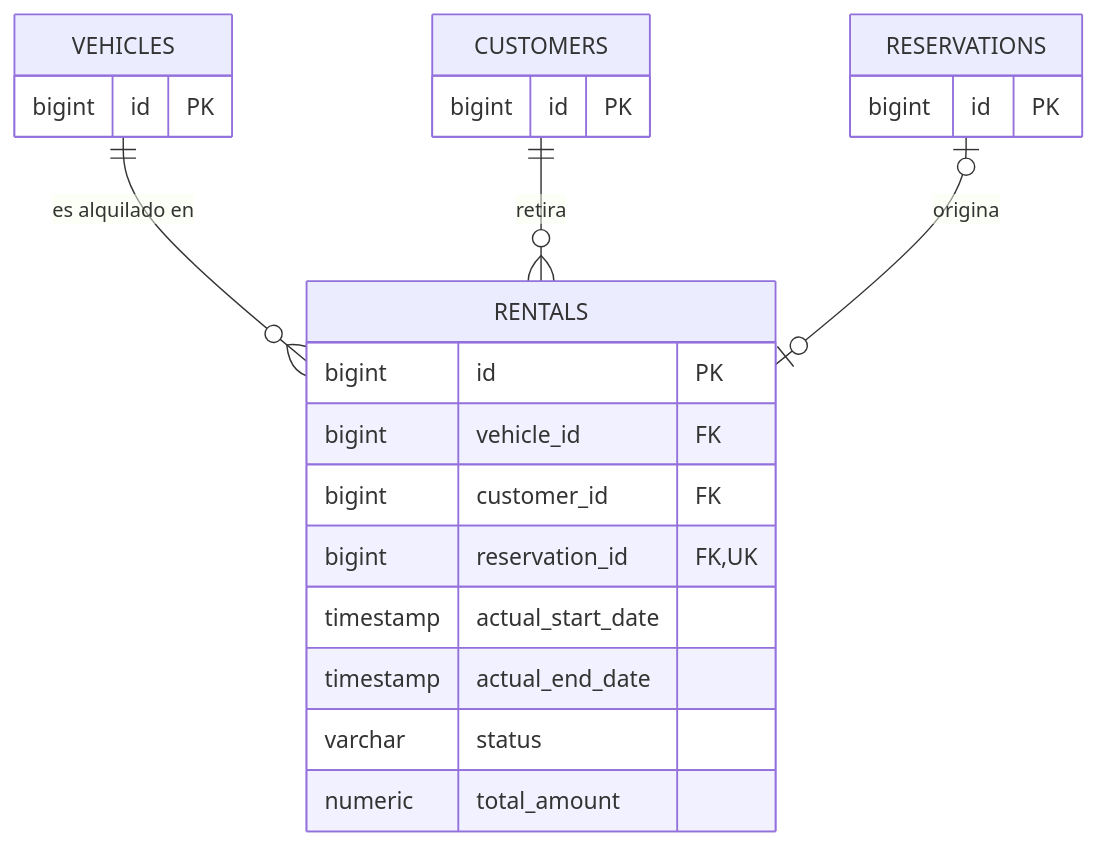
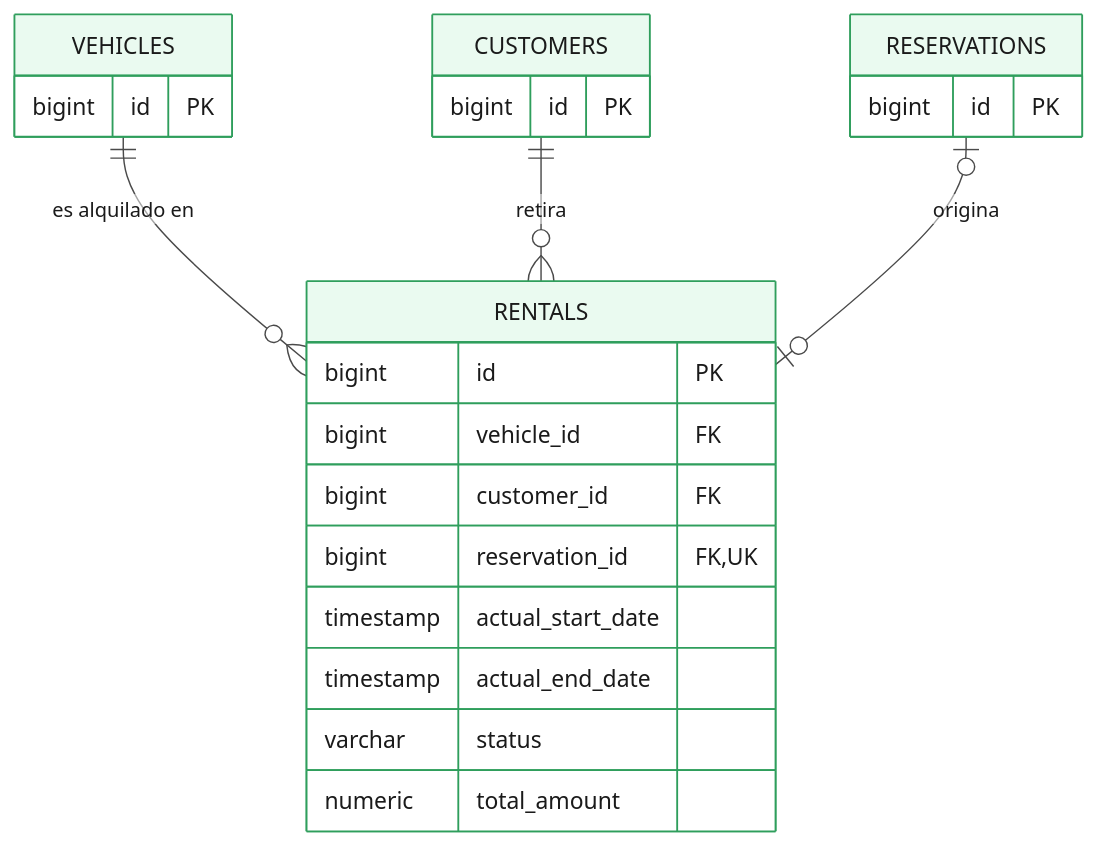
Before and after one commit to chaarlyez/Sistema_de_alquiler_de_veh-culos: the first of 2 diagrams in docs/04-base-de-datos/03-alquileres-mariocardona970546.md, drawn with Mermaid. The commit also changed other lines of this file and 6 other files, not shown here.

First line of the commit message:
docs: colorear todos los diagramas Mermaid y cerrar observacion de notacion

````diff
--- a/docs/04-base-de-datos/03-alquileres-mariocardona970546.md
+++ b/docs/04-base-de-datos/03-alquileres-mariocardona970546.md
@@ -87,29 +87,39 @@
 ```mermaid
+%%{init: {'theme': 'base', 'themeVariables': {
+  'background': '#ffffff',
+  'primaryColor': '#eafaf0',
+  'primaryBorderColor': '#2f9e5c',
+  'primaryTextColor': '#1a1a1a',
+  'lineColor': '#4a4a4a',
+  'textColor': '#1a1a1a',
+  'attributeBackgroundColorOdd': '#f7f9fb',
+  'attributeBackgroundColorEven': '#ffffff'
+}}}%%
 erDiagram
     VEHICLES ||--o{ RENTALS : "es alquilado en"
     CUSTOMERS ||--o{ RENTALS : "retira"
     RESERVATIONS |o--o| RENTALS : "origina"
 
     VEHICLES {
         bigint id PK
     }
 
     CUSTOMERS {
         bigint id PK
     }
 
     RESERVATIONS {
         bigint id PK
     }
 
     RENTALS {
         bigint id PK
         bigint vehicle_id FK
         bigint customer_id FK
         bigint reservation_id FK, UK
         timestamp actual_start_date
         timestamp actual_end_date
         varchar status
         numeric total_amount
     }
 ```
````
